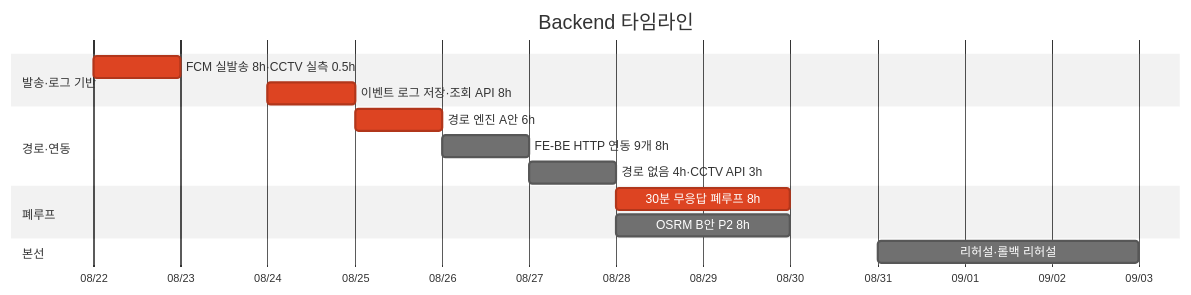
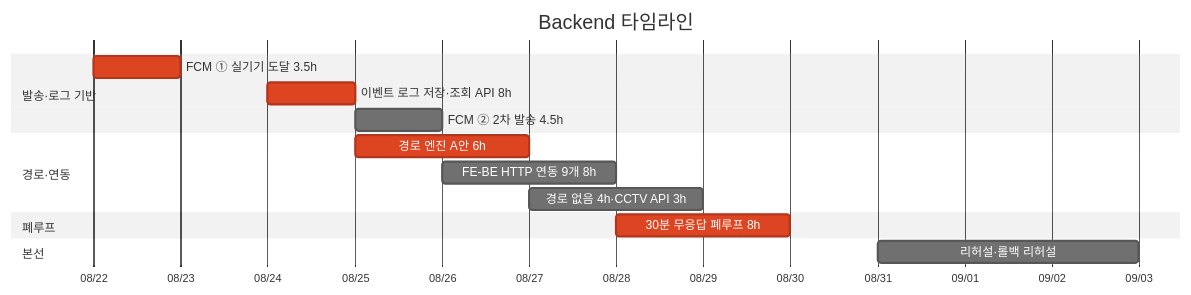
Before and after one commit to team-savers/savers-project: the diagram in docs/역할_일정/04-백엔드.md, drawn with Mermaid (neutral theme). The commit also changed other lines of this file and 6 other files, not shown here.

````diff
--- a/docs/역할_일정/04-백엔드.md
+++ b/docs/역할_일정/04-백엔드.md
@@ -25,18 +27,18 @@
 ```mermaid
 gantt
     title Backend 타임라인
     dateFormat YYYY-MM-DD
     axisFormat %m/%d
     section 발송·로그 기반
-    FCM 실발송 8h·CCTV 실측 0.5h :crit, 2026-08-22, 1d
+    FCM ① 실기기 도달 3.5h        :crit, 2026-08-22, 1d
     이벤트 로그 저장·조회 API 8h  :crit, 2026-08-24, 1d
+    FCM ② 2차 발송 4.5h           :2026-08-25, 1d
     section 경로·연동
-    경로 엔진 A안 6h             :crit, 2026-08-25, 1d
-    FE-BE HTTP 연동 9개 8h        :2026-08-26, 1d
-    경로 없음 4h·CCTV API 3h      :2026-08-27, 1d
+    경로 엔진 A안 6h             :crit, 2026-08-25, 2d
+    FE-BE HTTP 연동 9개 8h        :2026-08-26, 2d
+    경로 없음 4h·CCTV API 3h      :2026-08-27, 2d
     section 폐루프
     30분 무응답 폐루프 8h         :crit, 2026-08-28, 2d
-    OSRM B안 P2 8h               :2026-08-28, 2d
     section 본선
     리허설·롤백 리허설            :2026-08-31, 3d
 ```
````
